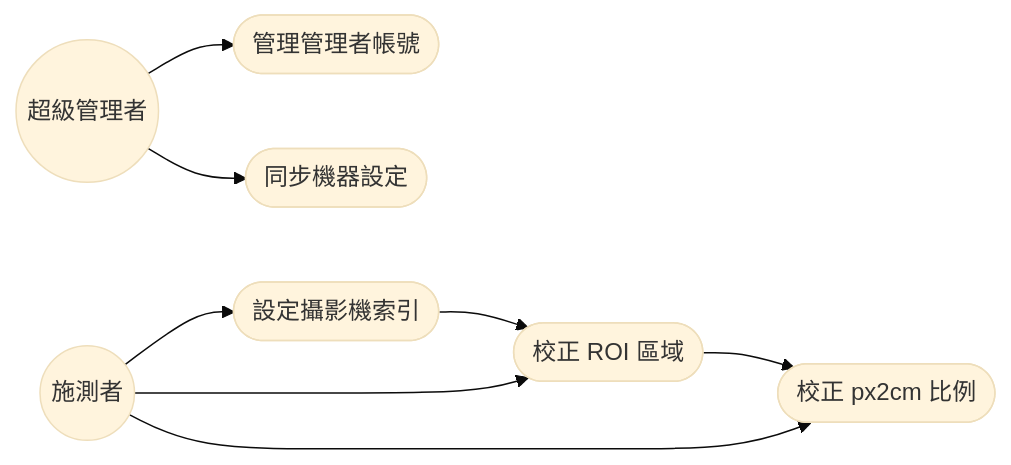
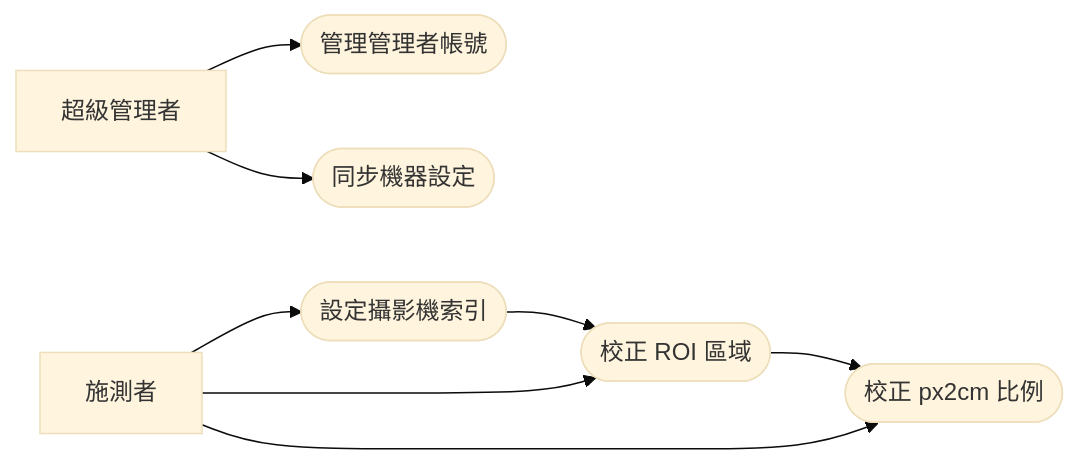
One commit to WeiChengTW/FMD_AI_Screener changed the sixth of 6 diagrams in docs/ch05-use-case-diagrams.md. Above: the diagram before and after it, drawn with Mermaid (base theme). The commit also changed other lines of this file and 1 other file, not shown here.

````diff
--- a/docs/ch05-use-case-diagrams.md
+++ b/docs/ch05-use-case-diagrams.md
@@ -126,19 +126,19 @@
 ```mermaid
 graph LR
-    超級管理者((超級管理者))
-    施測者((施測者))
+    超級管理者[超級管理者]
+    施測者[施測者]
 
     UC06a([設定攝影機索引])
     UC06b([校正 ROI 區域])
     UC06c([校正 px2cm 比例])
     UC06d([管理管理者帳號])
     UC06e([同步機器設定])
 
     超級管理者 --> UC06d
     超級管理者 --> UC06e
     施測者     --> UC06a
     施測者     --> UC06b
     施測者     --> UC06c
     UC06a      --> UC06b
     UC06b      --> UC06c
 ```
````
